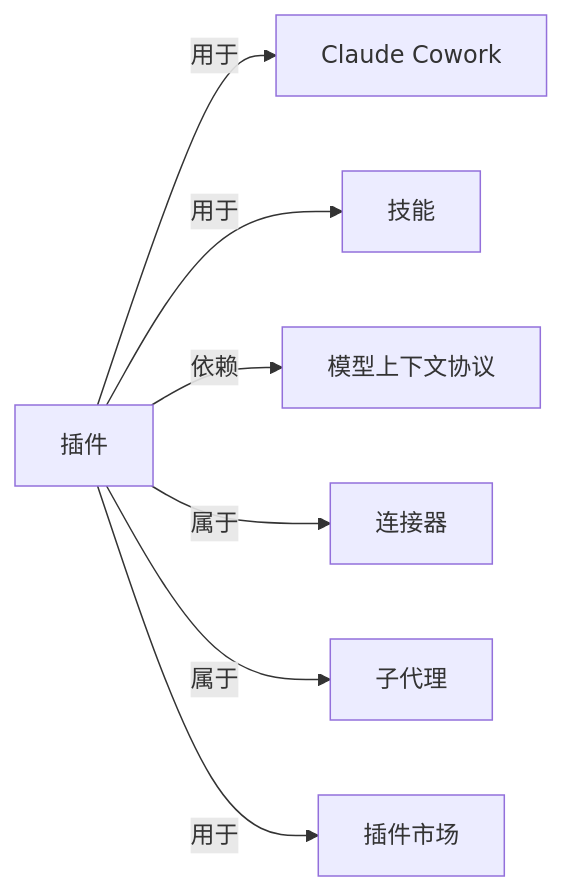
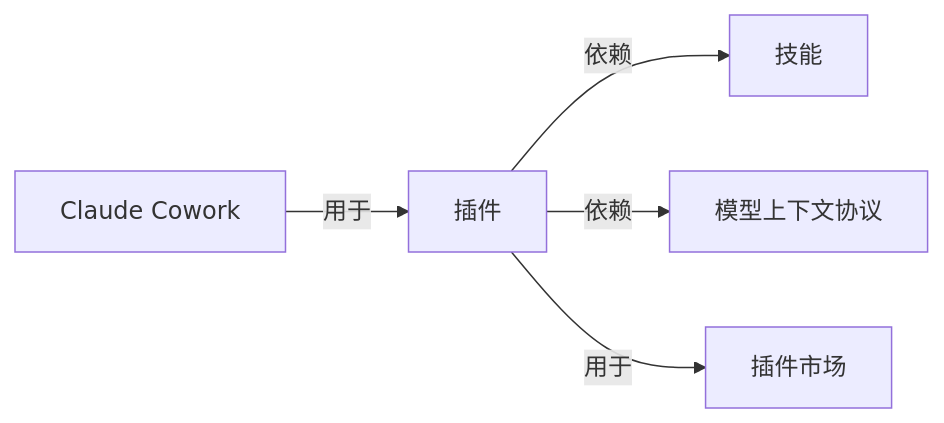
One commit to yibie/claude-best-practices-zh changed the diagram in wiki/插件.md. Above: the diagram before and after it, drawn with Mermaid. The commit also changed other lines of this file and 407 other files, not shown here.

Commit message:
feat: DeepSeek 三遍审校（译文/关系/图谱）+ 可部署静态站点

````diff
--- a/wiki/插件.md
+++ b/wiki/插件.md
@@ -49,10 +48,8 @@
 ```mermaid
 graph LR
   C["插件"]
-  C -->|用于| N0["Claude Cowork"]
-  C -->|用于| N1["技能"]
+  N0["Claude Cowork"] -->|用于| C
+  C -->|依赖| N1["技能"]
   C -->|依赖| N2["模型上下文协议"]
-  C -->|属于| N3["连接器"]
-  C -->|属于| N4["子代理"]
-  C -->|用于| N5["插件市场"]
+  C -->|用于| N3["插件市场"]
 ```
````
